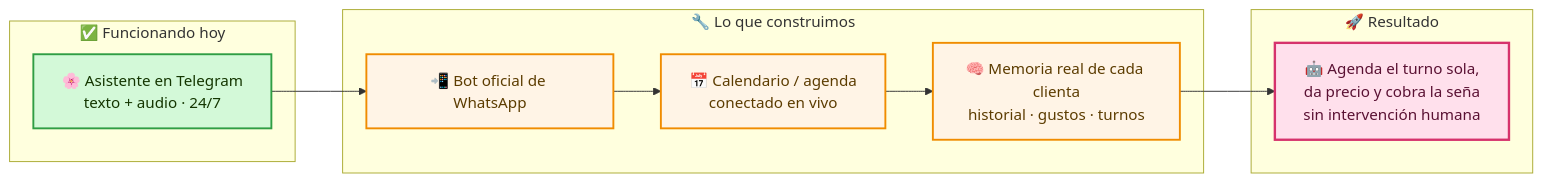
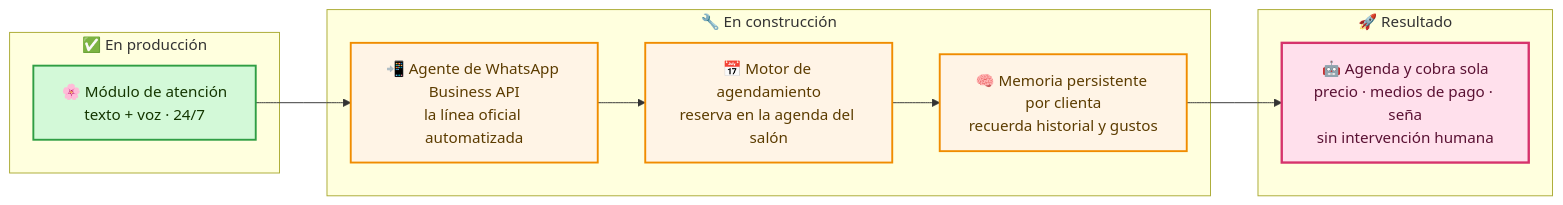
One commit to sergiopalomba05-jpg/quantumhive changed the third of 5 diagrams in agencia/bots/yas-papeo/docs/arquitectura.md. Above: the diagram before and after it, drawn with Mermaid. The commit also changed other lines of this file and 1 other file, not shown here.

First line of the commit message:
docs(yas-papeo): jerga tecnica con aclaraciones en criollo, vision a futuro y nombre real del IG

````diff
--- a/agencia/bots/yas-papeo/docs/arquitectura.md
+++ b/agencia/bots/yas-papeo/docs/arquitectura.md
@@ -100,29 +106,29 @@
 ```mermaid
 flowchart LR
-    subgraph HOY["✅ Funcionando hoy"]
-        A1[🌸 Asistente en Telegram<br/>texto + audio · 24/7]
+    subgraph HOY["✅ En producción"]
+        A1[🌸 Módulo de atención<br/>texto + voz · 24/7]
     end
 
-    subgraph CONST["🔧 Lo que construimos"]
-        B1[📲 Bot oficial de WhatsApp]
-        B2[📅 Calendario / agenda<br/>conectado en vivo]
-        B3[🧠 Memoria real de cada clienta<br/>historial · gustos · turnos]
+    subgraph CONST["🔧 En construcción"]
+        B1[📲 Agente de WhatsApp Business API<br/>la línea oficial automatizada]
+        B2[📅 Motor de agendamiento<br/>reserva en la agenda del salón]
+        B3[🧠 Memoria persistente por clienta<br/>recuerda historial y gustos]
     end
 
     subgraph META["🚀 Resultado"]
-        C1[🤖 Agenda el turno sola,<br/>da precio y cobra la seña<br/>sin intervención humana]
+        C1[🤖 Agenda y cobra sola<br/>precio · medios de pago · seña<br/>sin intervención humana]
     end
 
     A1 --> B1
     B1 --> B2
     B2 --> B3
     B3 --> C1
 
     classDef hoy fill:#d3f9d8,stroke:#2f9e44,stroke-width:2px,color:#143601;
     classDef con fill:#fff4e6,stroke:#f08c00,stroke-width:2px,color:#5c3c00;
     classDef meta fill:#ffe0ec,stroke:#d6336c,stroke-width:2.5px,color:#5a1133;
 
     class A1 hoy;
     class B1,B2,B3 con;
     class C1 meta;
 ```
````
